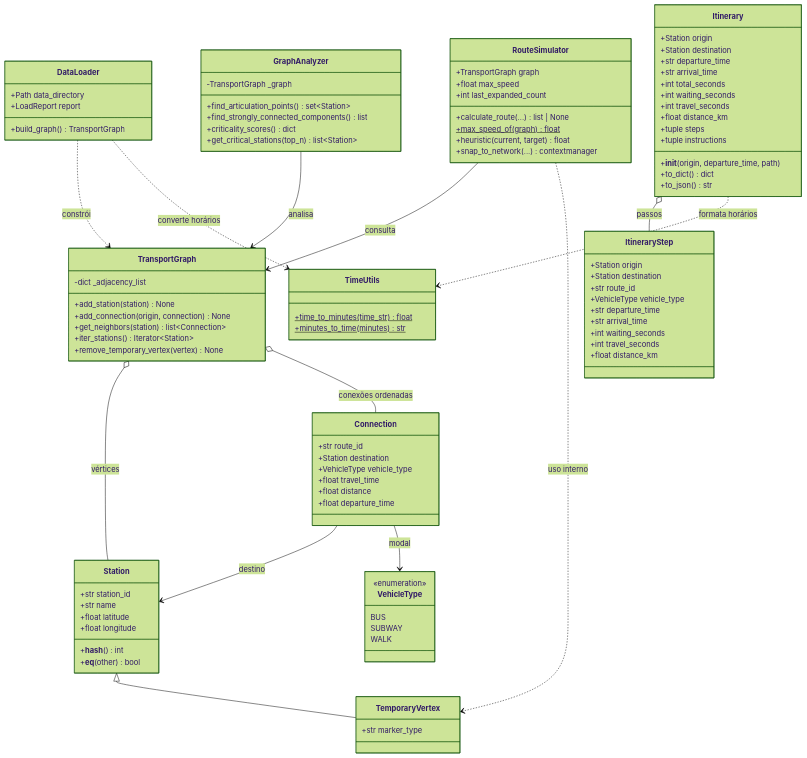
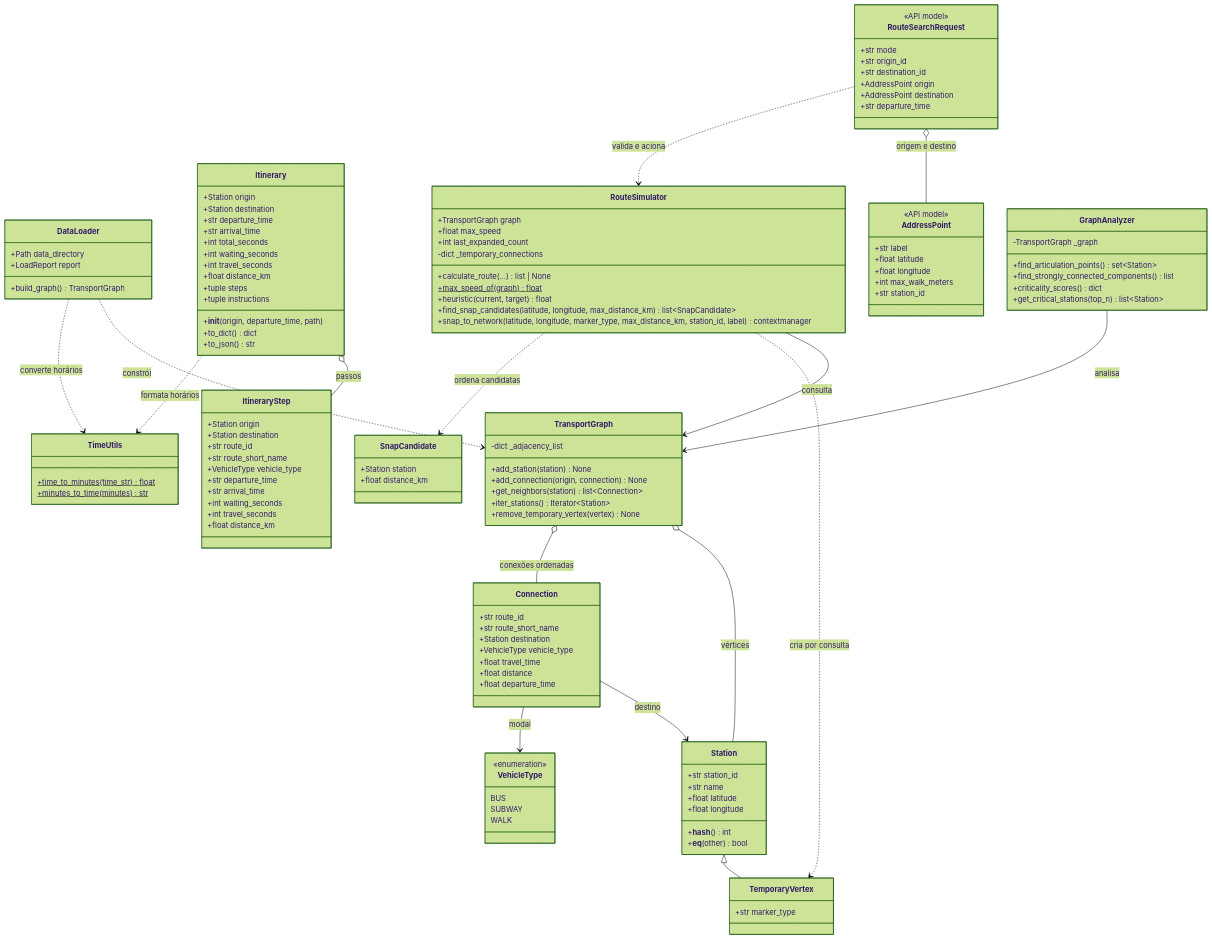
The diagram in docs/diagrams/source/diagrama-classes-01.mmd (Luizfmaia10-dev/TP-Grafos), drawn with Mermaid (forest theme) before and after one commit. The commit also changed 163 other files, not shown here.

```diff
--- a/docs/diagrams/source/diagrama-classes-01.mmd
+++ b/docs/diagrams/source/diagrama-classes-01.mmd
@@ -1,97 +1,125 @@
 classDiagram
     class Station {
         +str station_id
         +str name
         +float latitude
         +float longitude
         +__hash__() int
         +__eq__(other) bool
     }
     class TemporaryVertex {
         +str marker_type
     }
     class VehicleType {
         <<enumeration>>
         BUS
         SUBWAY
         WALK
     }
     class Connection {
         +str route_id
+        +str route_short_name
         +Station destination
         +VehicleType vehicle_type
         +float travel_time
         +float distance
         +float departure_time
     }
     class TransportGraph {
         -dict _adjacency_list
         +add_station(station) None
         +add_connection(origin, connection) None
         +get_neighbors(station) list~Connection~
         +iter_stations() Iterator~Station~
         +remove_temporary_vertex(vertex) None
     }
     class DataLoader {
         +Path data_directory
         +LoadReport report
         +build_graph() TransportGraph
     }
     class Itinerary {
         +Station origin
         +Station destination
         +str departure_time
         +str arrival_time
         +int total_seconds
         +int waiting_seconds
         +int travel_seconds
         +float distance_km
         +tuple steps
         +tuple instructions
         +__init__(origin, departure_time, path)
         +to_dict() dict
         +to_json() str
     }
     class ItineraryStep {
         +Station origin
         +Station destination
         +str route_id
+        +str route_short_name
         +VehicleType vehicle_type
         +str departure_time
         +str arrival_time
         +int waiting_seconds
         +int travel_seconds
         +float distance_km
     }
     class TimeUtils {
         +time_to_minutes(time_str)$ float
         +minutes_to_time(minutes)$ str
     }
     class RouteSimulator {
         +TransportGraph graph
         +float max_speed
         +int last_expanded_count
+        -dict _temporary_connections
         +calculate_route(...) list | None
         +max_speed_of(graph)$ float
         +heuristic(current, target) float
-        +snap_to_network(...) contextmanager
+        +find_snap_candidates(latitude, longitude, max_distance_km) list~SnapCandidate~
+        +snap_to_network(latitude, longitude, marker_type, max_distance_km, station_id, label) contextmanager
+    }
+    class SnapCandidate {
+        +Station station
+        +float distance_km
+    }
+    class AddressPoint {
+        <<API model>>
+        +str label
+        +float latitude
+        +float longitude
+        +int max_walk_meters
+        +str station_id
+    }
+    class RouteSearchRequest {
+        <<API model>>
+        +str mode
+        +str origin_id
+        +str destination_id
+        +AddressPoint origin
+        +AddressPoint destination
+        +str departure_time
     }
     class GraphAnalyzer {
         -TransportGraph _graph
         +find_articulation_points() set~Station~
         +find_strongly_connected_components() list
         +criticality_scores() dict
         +get_critical_stations(top_n) list~Station~
     }
     Station <|-- TemporaryVertex
     Connection --> Station : destino
     Connection --> VehicleType : modal
     TransportGraph o-- Station : vértices
     TransportGraph o-- Connection : conexões ordenadas
     DataLoader ..> TransportGraph : constrói
     DataLoader ..> TimeUtils : converte horários
     RouteSimulator --> TransportGraph : consulta
-    RouteSimulator ..> TemporaryVertex : uso interno
+    RouteSimulator ..> TemporaryVertex : cria por consulta
+    RouteSimulator ..> SnapCandidate : ordena candidatas
+    RouteSearchRequest o-- AddressPoint : origem e destino
+    RouteSearchRequest ..> RouteSimulator : valida e aciona
     GraphAnalyzer --> TransportGraph : analisa
     Itinerary o-- ItineraryStep : passos
     Itinerary ..> TimeUtils : formata horários
```
